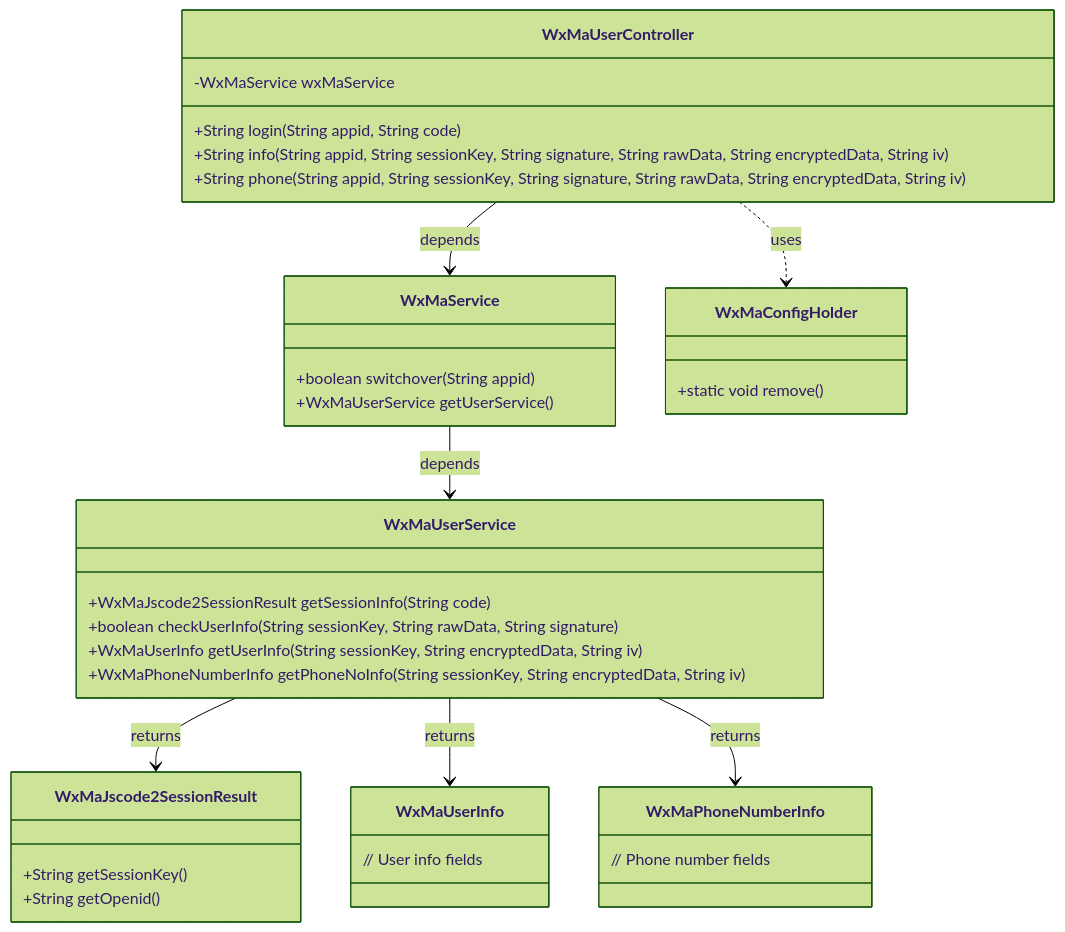
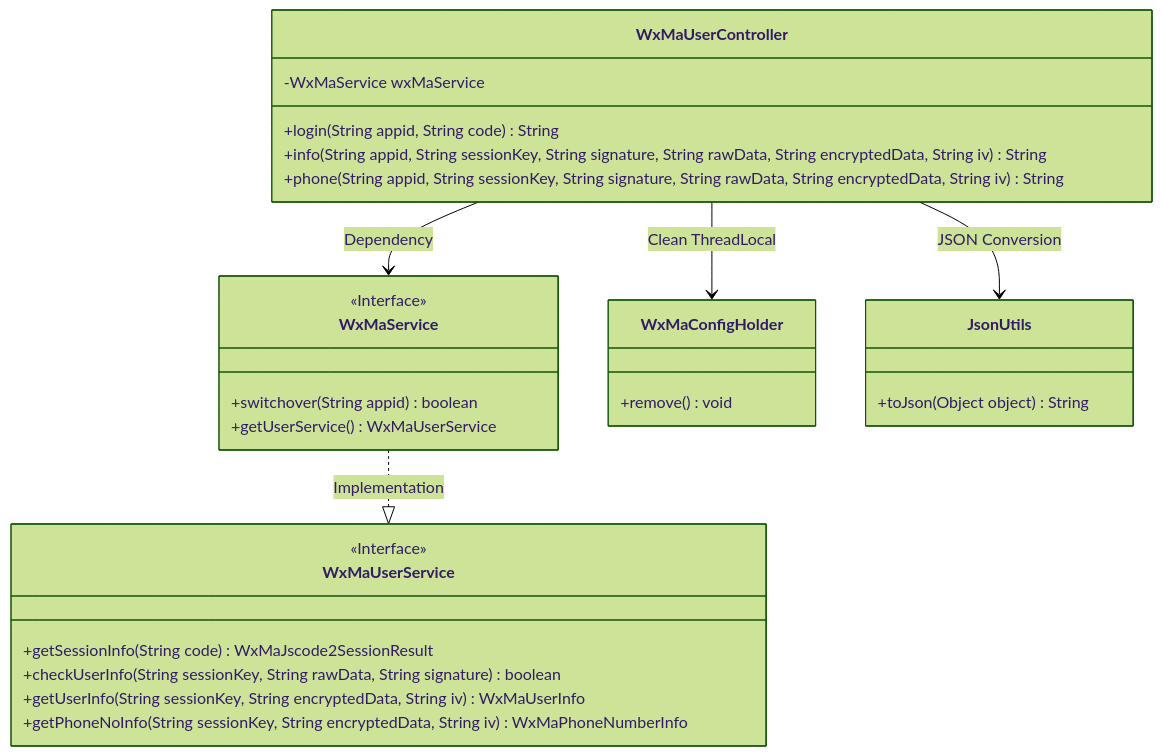
One commit to v-wjrong/rongwj666_weixin-java-miniapp-demo changed the first of 3 diagrams in docs/en/docs/src/main/java/com/github/binarywang/demo/wx/miniapp/controller/WxMaUserController.md. Above: the diagram before and after it, drawn with Mermaid (forest theme). The commit also changed other lines of this file and 47 other files, not shown here.

````diff
--- a/docs/en/docs/src/main/java/com/github/binarywang/demo/wx/miniapp/controller/WxMaUserController.md
+++ b/docs/en/docs/src/main/java/com/github/binarywang/demo/wx/miniapp/controller/WxMaUserController.md
@@ -36,45 +36,36 @@
 ```mermaid
 classDiagram
     class WxMaUserController {
         -WxMaService wxMaService
-        +String login(String appid, String code)
-        +String info(String appid, String sessionKey, String signature, String rawData, String encryptedData, String iv)
-        +String phone(String appid, String sessionKey, String signature, String rawData, String encryptedData, String iv)
+        +login(String appid, String code) String
+        +info(String appid, String sessionKey, String signature, String rawData, String encryptedData, String iv) String
+        +phone(String appid, String sessionKey, String signature, String rawData, String encryptedData, String iv) String
     }
 
     class WxMaService {
-        +boolean switchover(String appid)
-        +WxMaUserService getUserService()
+        <<Interface>>
+        +switchover(String appid) boolean
+        +getUserService() WxMaUserService
     }
 
     class WxMaUserService {
-        +WxMaJscode2SessionResult getSessionInfo(String code)
-        +boolean checkUserInfo(String sessionKey, String rawData, String signature)
-        +WxMaUserInfo getUserInfo(String sessionKey, String encryptedData, String iv)
-        +WxMaPhoneNumberInfo getPhoneNoInfo(String sessionKey, String encryptedData, String iv)
-    }
-
-    class WxMaJscode2SessionResult {
-        +String getSessionKey()
-        +String getOpenid()
-    }
-
-    class WxMaUserInfo {
-        // User info fields
-    }
-
-    class WxMaPhoneNumberInfo {
-        // Phone number fields
+        <<Interface>>
+        +getSessionInfo(String code) WxMaJscode2SessionResult
+        +checkUserInfo(String sessionKey, String rawData, String signature) boolean
+        +getUserInfo(String sessionKey, String encryptedData, String iv) WxMaUserInfo
+        +getPhoneNoInfo(String sessionKey, String encryptedData, String iv) WxMaPhoneNumberInfo
     }
 
     class WxMaConfigHolder {
-        +static void remove()
+        +remove() void
     }
 
-    WxMaUserController --> WxMaService : depends
-    WxMaService --> WxMaUserService : depends
-    WxMaUserService --> WxMaJscode2SessionResult : returns
-    WxMaUserService --> WxMaUserInfo : returns
-    WxMaUserService --> WxMaPhoneNumberInfo : returns
-    WxMaUserController ..> WxMaConfigHolder : uses
+    class JsonUtils {
+        +toJson(Object object) String
+    }
+
+    WxMaUserController --> WxMaService : Dependency
+    WxMaUserController --> WxMaConfigHolder : Clean ThreadLocal
+    WxMaUserController --> JsonUtils : JSON Conversion
+    WxMaService ..|> WxMaUserService : Implementation
 ```
````
